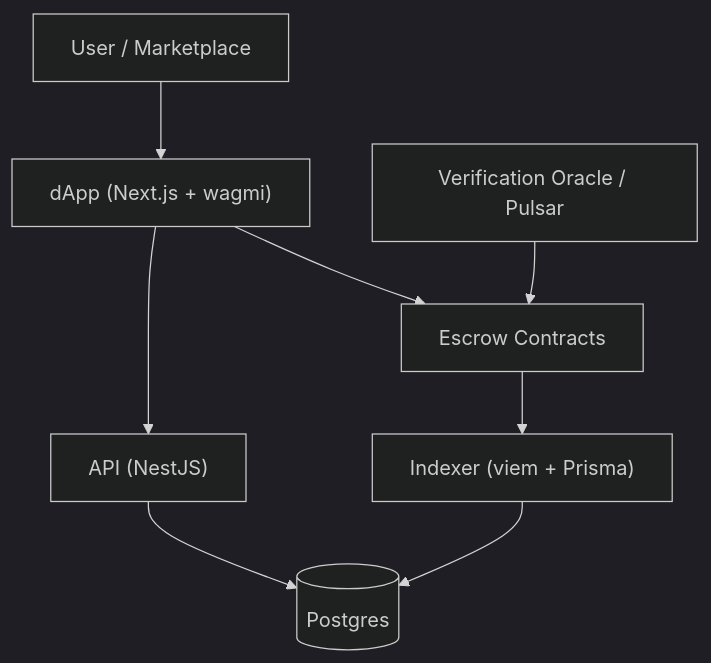
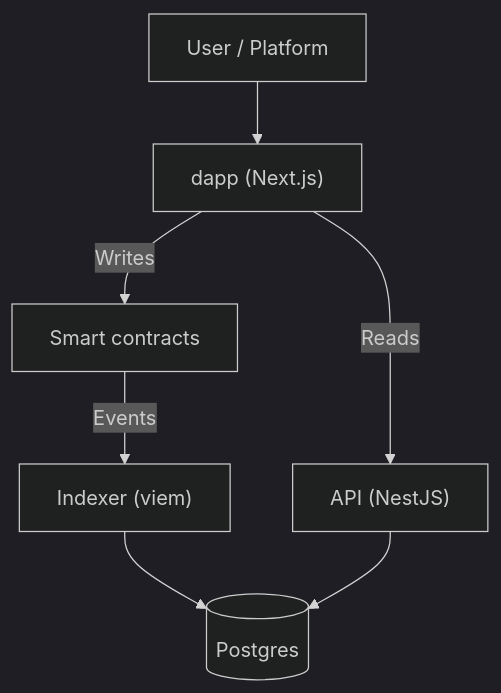
One commit to chetanya1998/EscrowKit changed the diagram in README.md. Above: the diagram before and after it, drawn with Mermaid (dark theme). The commit also changed other lines of this file and 1 other file, not shown here.

Commit message:
Plan milestone flow and harden auth

````diff
--- a/README.md
+++ b/README.md
@@ -25,10 +57,9 @@
 ```mermaid
 graph TD
-    U["User / Marketplace"] --> D["dApp (Next.js + wagmi)"]
-    D --> C["Escrow Contracts"]
-    C --> I["Indexer (viem + Prisma)"]
+    U["User / Platform"] --> D["dapp (Next.js)"]
+    D -->|Writes| C["Smart contracts"]
+    C -->|Events| I["Indexer (viem)"]
     I --> P[("Postgres")]
-    A["API (NestJS)"] --> P
-    D --> A
-    V["Verification Oracle / Pulsar"] --> C
+    D -->|Reads| A["API (NestJS)"]
+    A --> P
 ```
````
